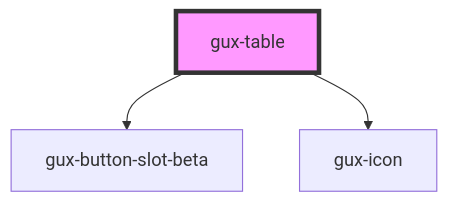
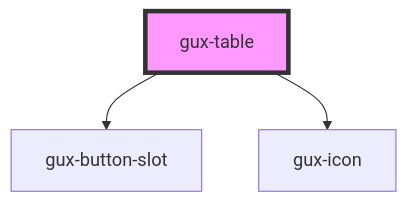
One commit to MyPureCloud/genesys-spark changed the diagram in packages/genesys-spark-components/src/components/stable/gux-table/readme.md. Above: the diagram before and after it, drawn with Mermaid. The commit also changed other lines of this file and 73 other files, not shown here.

First line of the commit message:
refactor(gux-button-slot): move to stable

````diff
--- a/packages/genesys-spark-components/src/components/stable/gux-table/readme.md
+++ b/packages/genesys-spark-components/src/components/stable/gux-table/readme.md
@@ -107,6 +107,6 @@
 ```mermaid
 graph TD;
-  gux-table --> gux-button-slot-beta
+  gux-table --> gux-button-slot
   gux-table --> gux-icon
   style gux-table fill:#f9f,stroke:#333,stroke-width:4px
 ```
````
